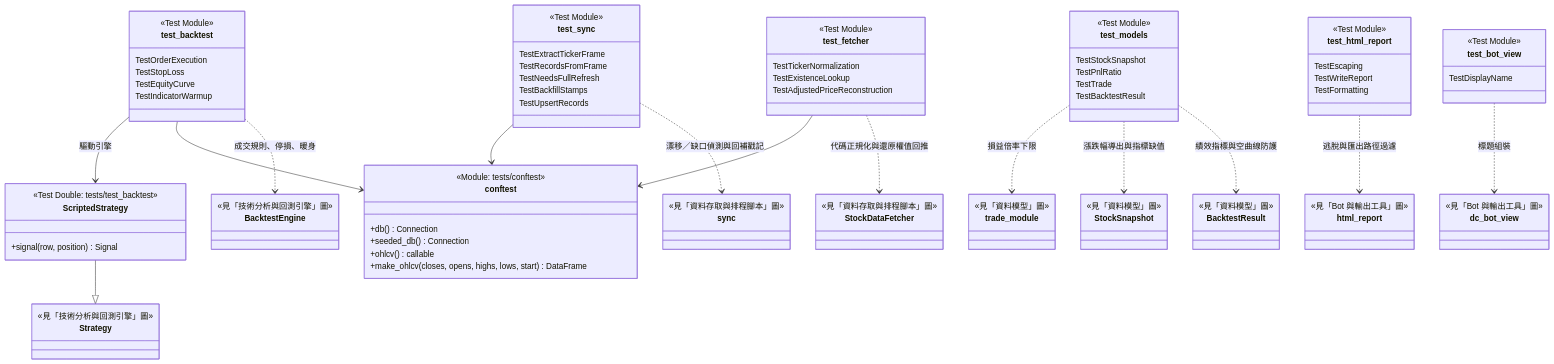
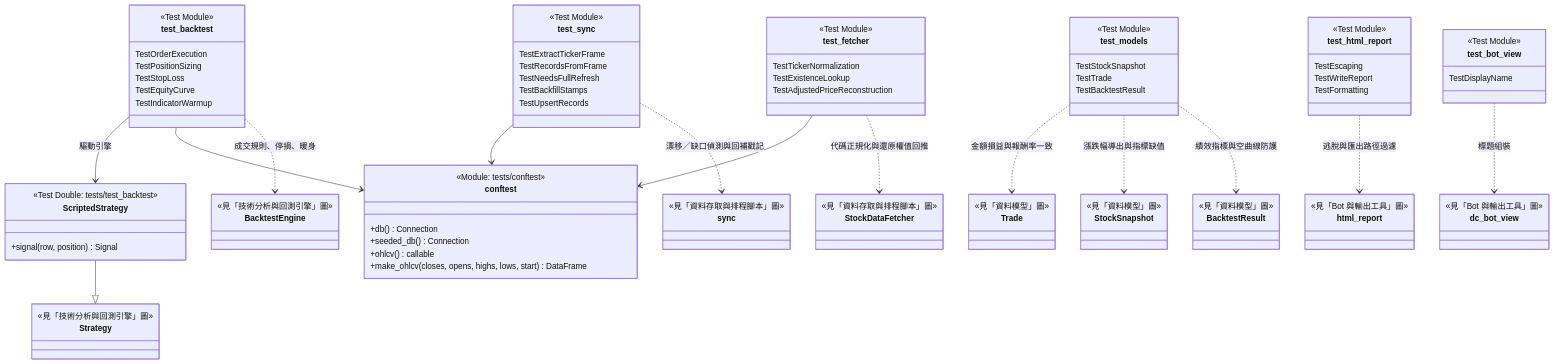
Before and after one commit to JialaChang/Discord-Stock-Bot: the sixth of 6 diagrams in docs/UML.md, drawn with Mermaid. The commit also changed other lines of this file and 12 other files, not shown here.

```diff
--- a/docs/UML.md
+++ b/docs/UML.md
@@ -413,7 +406,6 @@
     class test_models {
         <<Test Module>>
         TestStockSnapshot
-        TestPnlRatio
         TestTrade
         TestBacktestResult
     }
@@ -421,6 +413,7 @@
     class test_backtest {
         <<Test Module>>
         TestOrderExecution
+        TestPositionSizing
         TestStopLoss
         TestEquityCurve
         TestIndicatorWarmup
@@ -460,7 +453,7 @@
     class BacktestEngine {
         <<見「技術分析與回測引擎」圖>>
     }
-    class trade_module {
+    class Trade {
         <<見「資料模型」圖>>
     }
     class StockSnapshot {
@@ -488,7 +481,7 @@
     test_sync --> conftest
     test_fetcher --> conftest
 
-    test_models ..> trade_module : 損益倍率下限
+    test_models ..> Trade : 金額損益與報酬率一致
     test_models ..> StockSnapshot : 漲跌幅導出與指標缺值
     test_models ..> BacktestResult : 績效指標與空曲線防護
     test_backtest ..> BacktestEngine : 成交規則、停損、暖身
```
